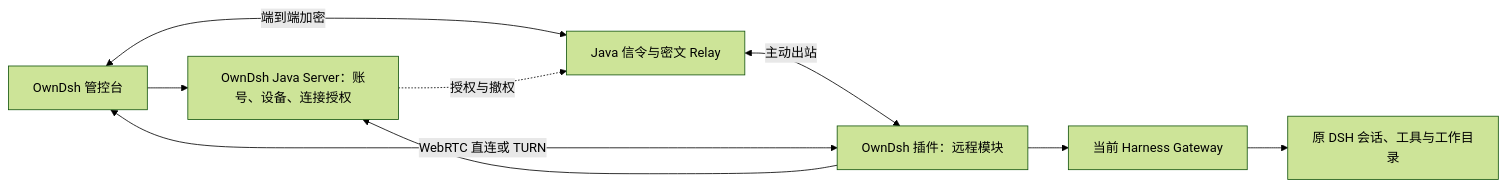
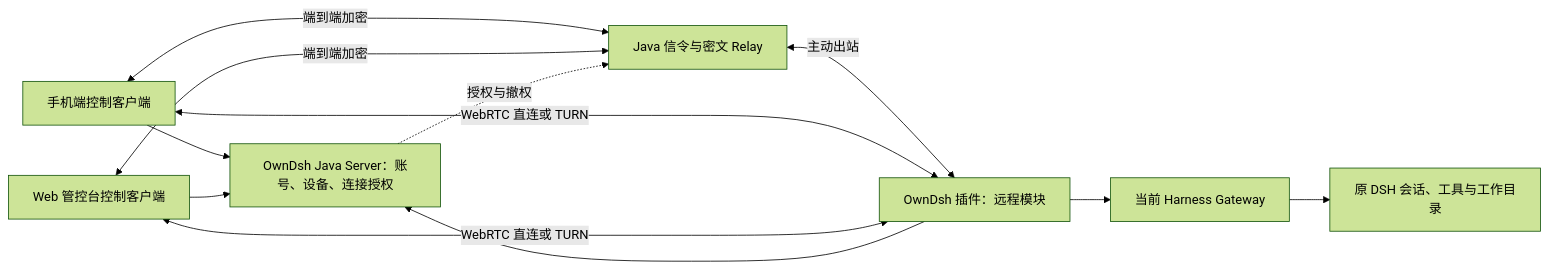
One commit to boe1900/owndsh changed the diagram in docs/remote-access-design.md. Above: the diagram before and after it, drawn with Mermaid (forest theme). The commit also changed other lines of this file and 163 other files, not shown here.

````diff
--- a/docs/remote-access-design.md
+++ b/docs/remote-access-design.md
@@ -22,11 +28,14 @@
 ```mermaid
 flowchart LR
-    Browser[OwnDsh 管控台] --> Own[OwnDsh Java Server：账号、设备、连接授权]
-    Browser <-- 端到端加密 --> Relay[Java 信令与密文 Relay]
+    Mobile[手机端控制客户端] --> Own[OwnDsh Java Server：账号、设备、连接授权]
+    Console[Web 管控台控制客户端] --> Own
+    Mobile <-- 端到端加密 --> Relay[Java 信令与密文 Relay]
+    Console <-- 端到端加密 --> Relay
     Relay <-- 主动出站 --> Host[OwnDsh 插件：远程模块]
-    Browser <-- WebRTC 直连或 TURN --> Host
+    Mobile <-- WebRTC 直连或 TURN --> Host
+    Console <-- WebRTC 直连或 TURN --> Host
     Host --> Gateway[当前 Harness Gateway]
     Gateway --> DSH[原 DSH 会话、工具与工作目录]
     Host --> Own
     Own -. 授权与撤权 .-> Relay
 ```
````
